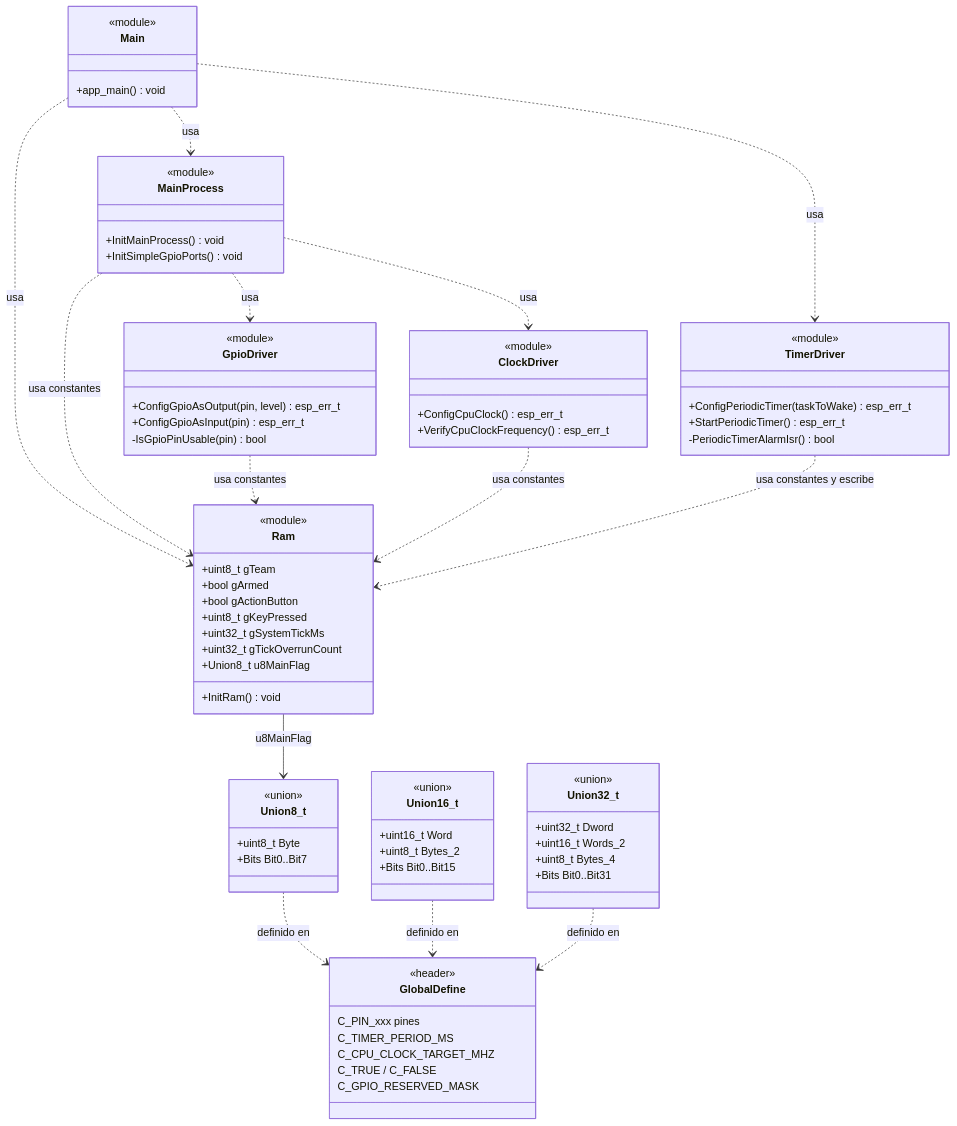
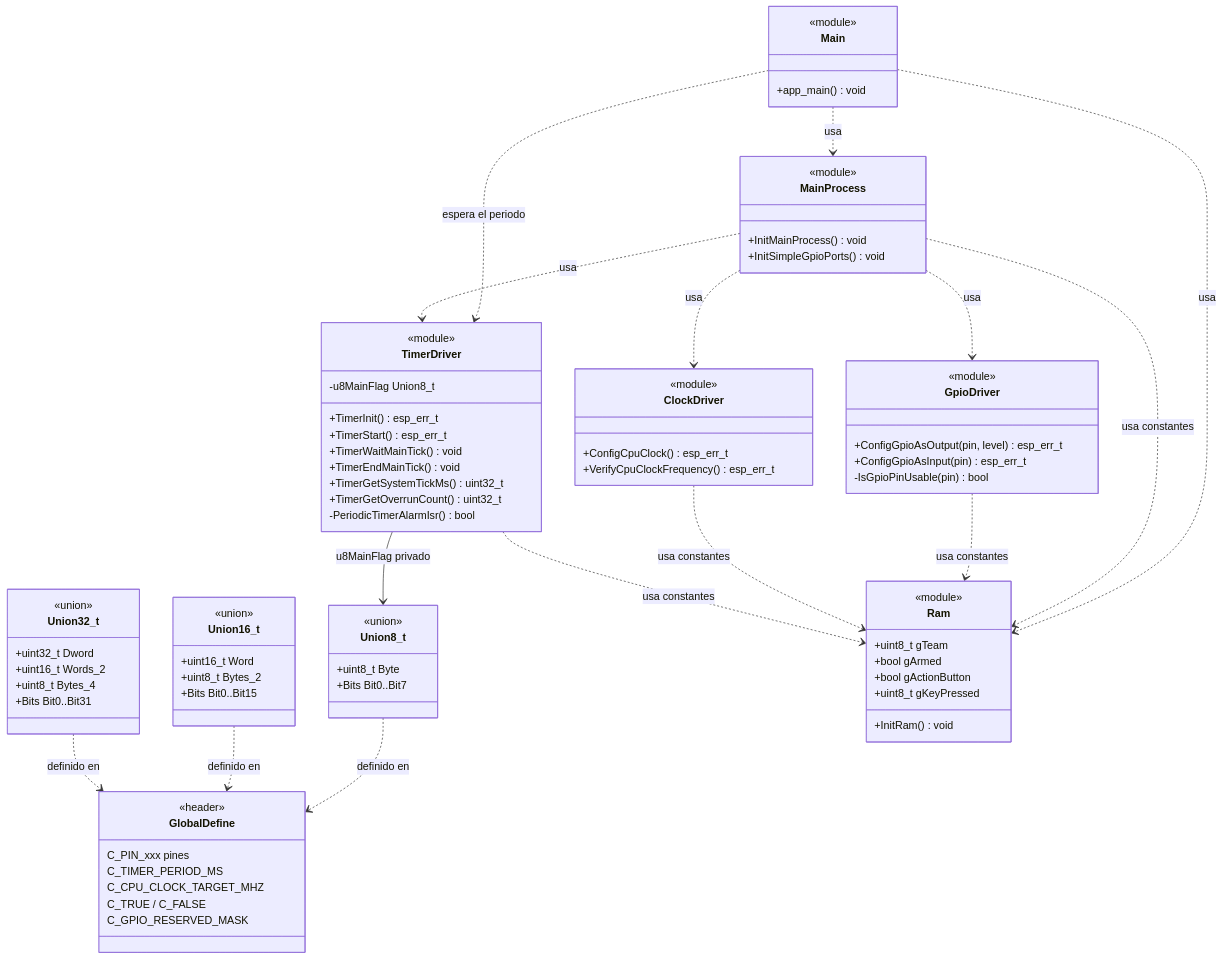
The third of 6 diagrams in Sw/README.md (rodgutzal/Airsoft-MultipurposeGameModeTool), drawn with Mermaid before and after one commit. The commit also changed other lines of this file and 8 other files, not shown here.

Commit message:
Refactor de encapsulamiento: TimerDriver con estado privado, arranque unico y Ram reducida al modelo

````diff
--- a/Sw/README.md
+++ b/Sw/README.md
@@ -98,79 +98,82 @@
 ```mermaid
 classDiagram
   class GlobalDefine {
     <<header>>
     C_PIN_xxx pines
     C_TIMER_PERIOD_MS
     C_CPU_CLOCK_TARGET_MHZ
     C_TRUE / C_FALSE
     C_GPIO_RESERVED_MASK
   }
   class Union8_t {
     <<union>>
     +uint8_t Byte
     +Bits Bit0..Bit7
   }
   class Union16_t {
     <<union>>
     +uint16_t Word
     +uint8_t Bytes_2
     +Bits Bit0..Bit15
   }
   class Union32_t {
     <<union>>
     +uint32_t Dword
     +uint16_t Words_2
     +uint8_t Bytes_4
     +Bits Bit0..Bit31
   }
   class Ram {
     <<module>>
     +uint8_t gTeam
     +bool gArmed
     +bool gActionButton
     +uint8_t gKeyPressed
-    +uint32_t gSystemTickMs
-    +uint32_t gTickOverrunCount
-    +Union8_t u8MainFlag
     +InitRam() void
   }
   class MainProcess {
     <<module>>
     +InitMainProcess() void
     +InitSimpleGpioPorts() void
   }
   class ClockDriver {
     <<module>>
     +ConfigCpuClock() esp_err_t
     +VerifyCpuClockFrequency() esp_err_t
   }
   class GpioDriver {
     <<module>>
     +ConfigGpioAsOutput(pin, level) esp_err_t
     +ConfigGpioAsInput(pin) esp_err_t
     -IsGpioPinUsable(pin) bool
   }
   class TimerDriver {
     <<module>>
-    +ConfigPeriodicTimer(taskToWake) esp_err_t
-    +StartPeriodicTimer() esp_err_t
+    +TimerInit() esp_err_t
+    +TimerStart() esp_err_t
+    +TimerWaitMainTick() void
+    +TimerEndMainTick() void
+    +TimerGetSystemTickMs() uint32_t
+    +TimerGetOverrunCount() uint32_t
+    -u8MainFlag Union8_t
     -PeriodicTimerAlarmIsr() bool
   }
   class Main {
     <<module>>
     +app_main() void
   }
   Union8_t ..> GlobalDefine : definido en
   Union16_t ..> GlobalDefine : definido en
   Union32_t ..> GlobalDefine : definido en
-  Ram --> Union8_t : u8MainFlag
+  TimerDriver --> Union8_t : u8MainFlag privado
   Main ..> Ram : usa
   Main ..> MainProcess : usa
-  Main ..> TimerDriver : usa
+  Main ..> TimerDriver : espera el periodo
   MainProcess ..> ClockDriver : usa
   MainProcess ..> GpioDriver : usa
+  MainProcess ..> TimerDriver : usa
   MainProcess ..> Ram : usa constantes
   GpioDriver ..> Ram : usa constantes
   ClockDriver ..> Ram : usa constantes
-  TimerDriver ..> Ram : usa constantes y escribe
+  TimerDriver ..> Ram : usa constantes
 ```
````
